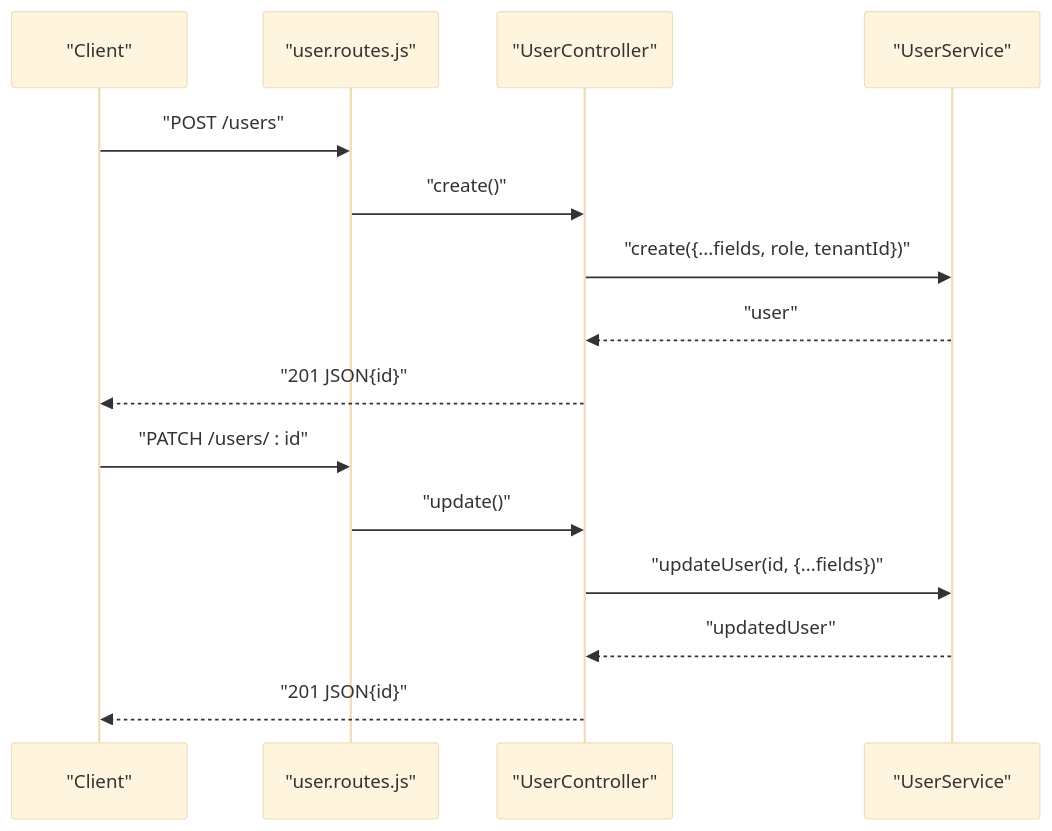
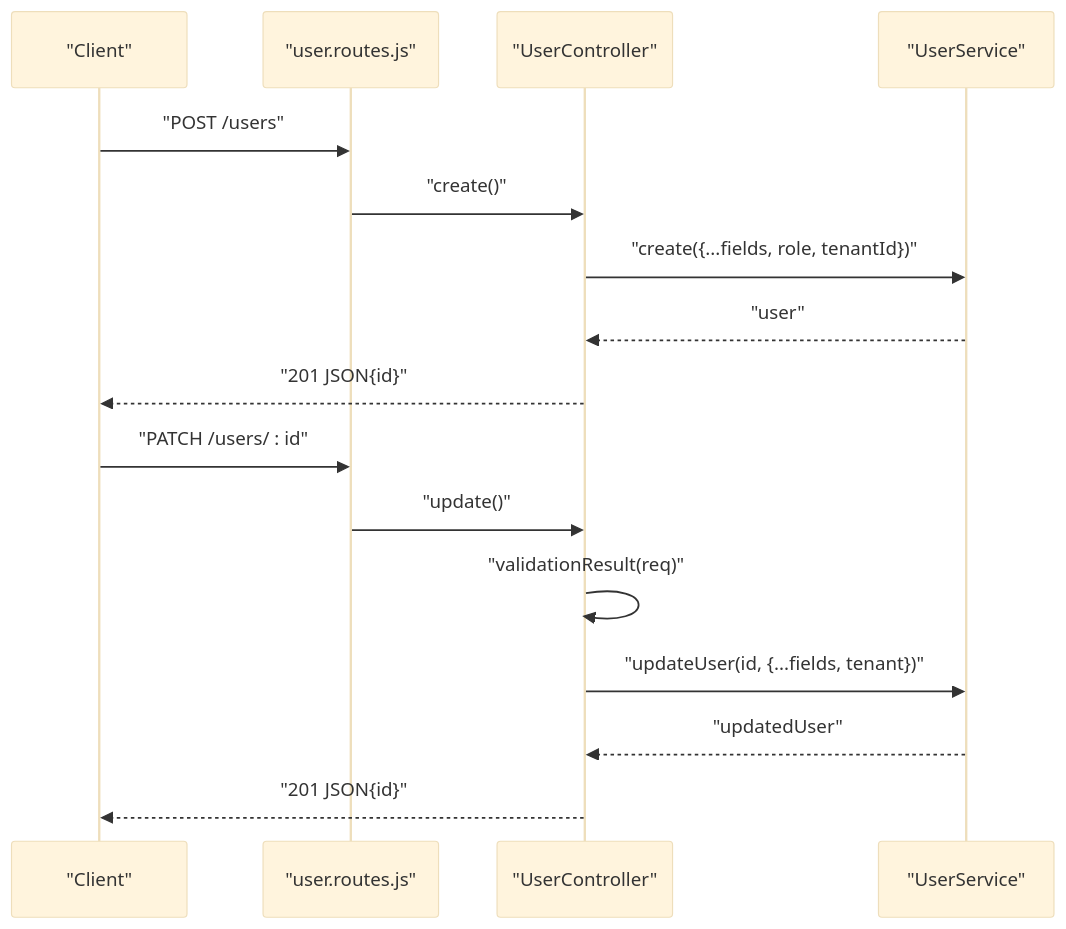
One commit to Trampoline999/mernspace-c-auth-service changed the sixth of 7 diagrams in .qoder/repowiki/en/content/User Management/User Management.md. Above: the diagram before and after it, drawn with Mermaid (base theme). The commit also changed other lines of this file and 47 other files, not shown here.

````diff
--- a/.qoder/repowiki/en/content/User Management/User Management.md
+++ b/.qoder/repowiki/en/content/User Management/User Management.md
@@ -327,17 +347,18 @@
 ```mermaid
 sequenceDiagram
 participant Client as "Client"
 participant UserRoute as "user.routes.js"
 participant UserCtrl as "UserController"
 participant UserSvc as "UserService"
 Client->>UserRoute : "POST /users"
 UserRoute->>UserCtrl : "create()"
 UserCtrl->>UserSvc : "create({...fields, role, tenantId})"
 UserSvc-->>UserCtrl : "user"
 UserCtrl-->>Client : "201 JSON{id}"
 Client->>UserRoute : "PATCH /users/ : id"
 UserRoute->>UserCtrl : "update()"
-UserCtrl->>UserSvc : "updateUser(id, {...fields})"
+UserCtrl->>UserCtrl : "validationResult(req)"
+UserCtrl->>UserSvc : "updateUser(id, {...fields, tenant})"
 UserSvc-->>UserCtrl : "updatedUser"
 UserCtrl-->>Client : "201 JSON{id}"
 ```
````
